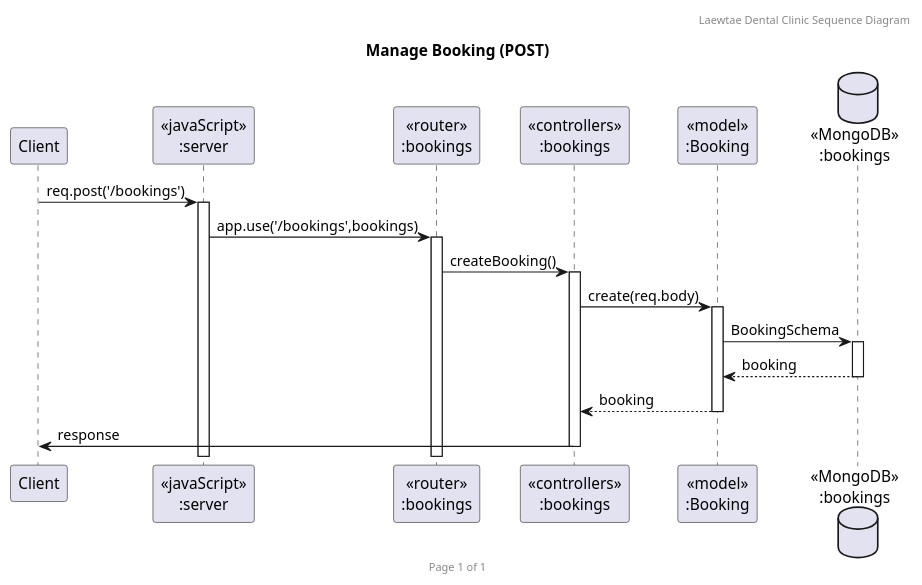
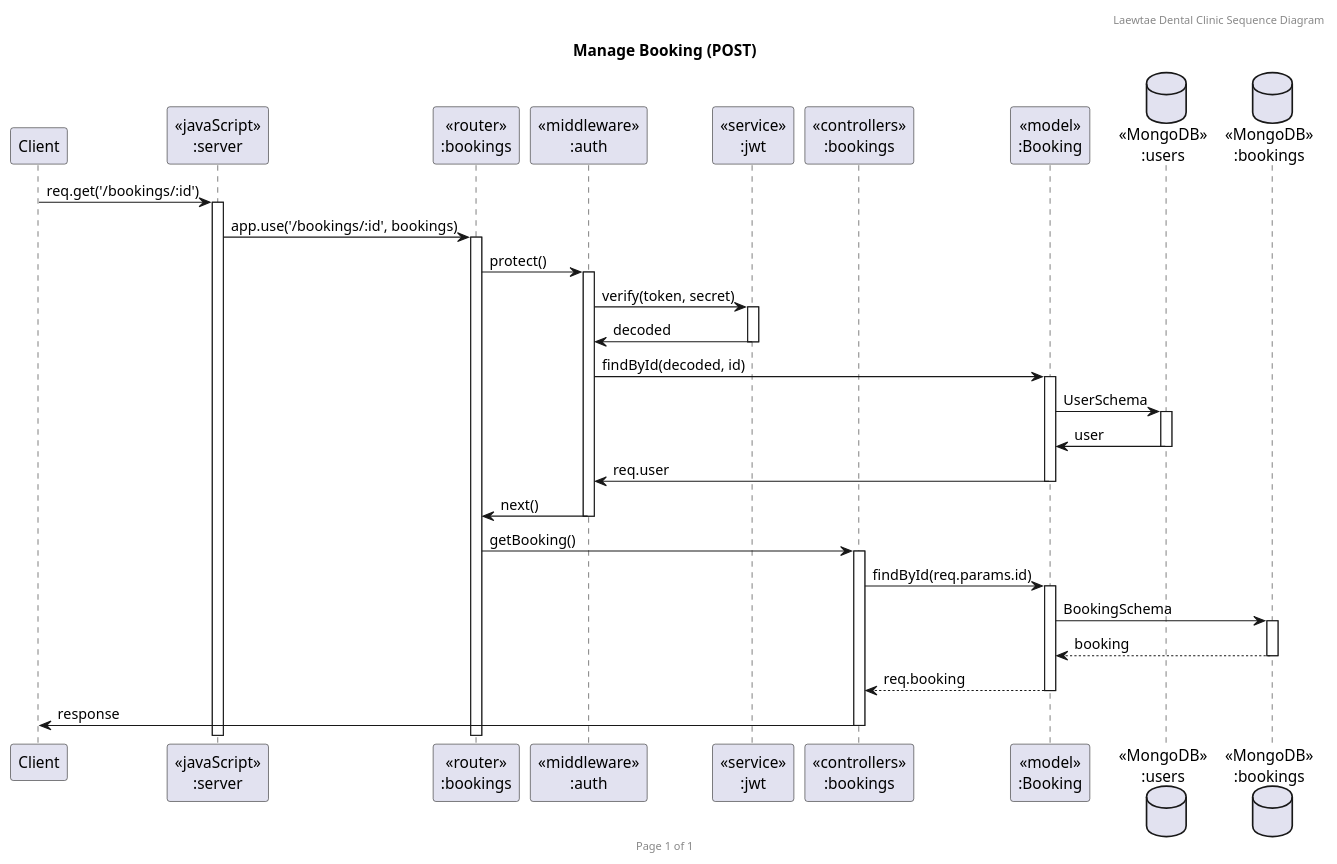
One commit to nattapong232/DentistBooking changed the diagram in UML/SequenceDiagram/Booking/BookingSequencePOST.puml. Above: the diagram before and after it, drawn with PlantUML. The commit also changed 21 other files, not shown here.

```diff
--- a/UML/SequenceDiagram/Booking/BookingSequencePOST.puml
+++ b/UML/SequenceDiagram/Booking/BookingSequencePOST.puml
@@ -1,23 +1,34 @@
-@startuml Manage Booking (POST)
+@startuml Manage Booking (GET ONE)
 
 header Laewtae Dental Clinic Sequence Diagram
 footer Page %page% of %lastpage%
 title "Manage Booking (POST)"
 
 participant "Client" as client
 participant "<<javaScript>>\n:server" as server
 participant "<<router>>\n:bookings" as routerBookings
+participant "<<middleware>>\n:auth" as auth
+participant "<<service>>\n:jwt" as jwt
 participant "<<controllers>>\n:bookings" as controllersBookings
 participant "<<model>>\n:Booking" as modelBooking
+database "<<MongoDB>>\n:users" as UsersDatabase
 database "<<MongoDB>>\n:bookings" as BookingsDatabase
 
-client->server ++:req.post('/bookings')
-server->routerBookings ++:app.use('/bookings',bookings)
-routerBookings -> controllersBookings ++:createBooking()
-controllersBookings->modelBooking ++:create(req.body)
+client->server ++:req.get('/bookings/:id')
+server->routerBookings ++:app.use('/bookings/:id', bookings)
+routerBookings -> auth ++:protect()
+auth -> jwt ++:verify(token, secret)
+auth <- jwt --:decoded
+auth -> modelBooking ++:findById(decoded, id)
+modelBooking -> UsersDatabase ++:UserSchema
+modelBooking <- UsersDatabase --:user
+auth <- modelBooking --:req.user
+routerBookings <- auth --:next()
+routerBookings -> controllersBookings ++:getBooking()
+controllersBookings->modelBooking ++:findById(req.params.id)
 modelBooking ->BookingsDatabase ++: BookingSchema
 BookingsDatabase --> modelBooking --: booking
-controllersBookings <-- modelBooking --:booking
+controllersBookings <-- modelBooking --:req.booking
 controllersBookings->client --:response
 
 @enduml
```
